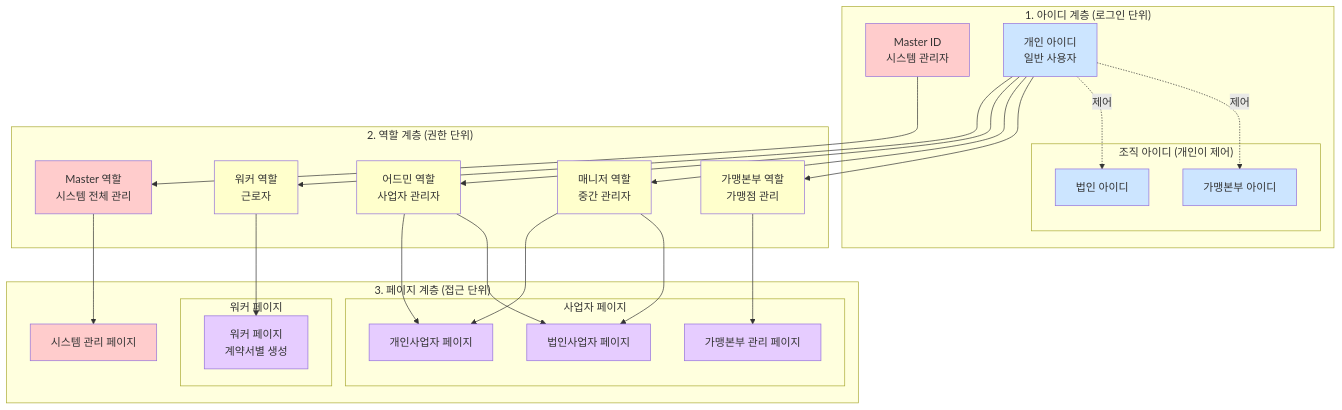
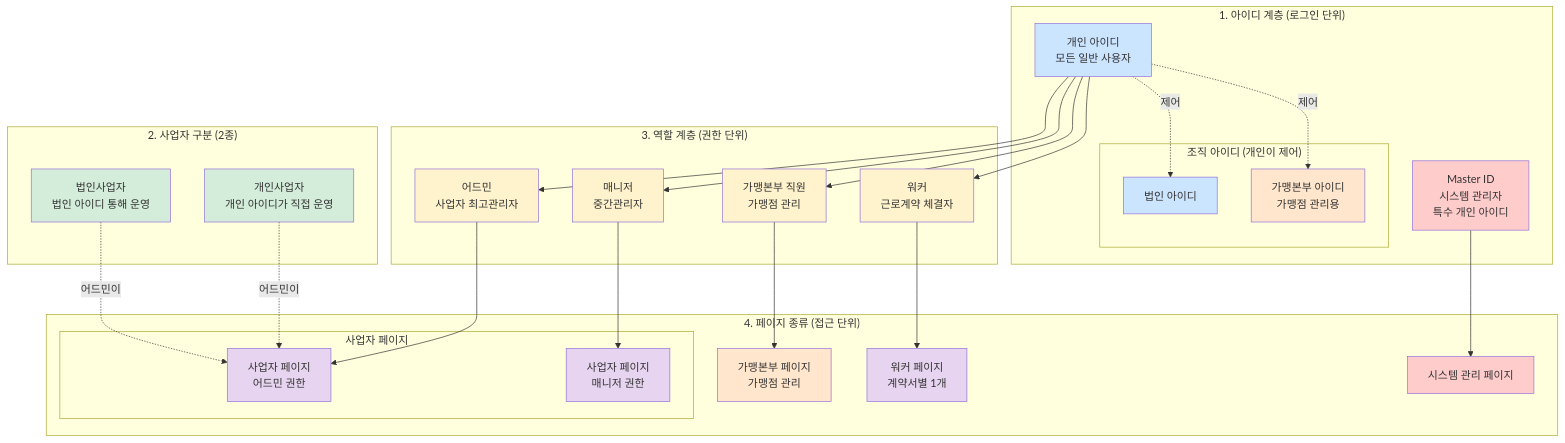
Before and after one commit to crazybass81/DOT: the first of 5 diagrams in services/attendance/user-permission-diagram.md, drawn with Mermaid. The commit also changed other lines of this file, not shown here.

````diff
--- a/services/attendance/user-permission-diagram.md
+++ b/services/attendance/user-permission-diagram.md
@@ -12,61 +5,66 @@
 ```mermaid
 graph TB
     subgraph "1. 아이디 계층 (로그인 단위)"
-        Master[Master ID<br/>시스템 관리자]
-        PersonalID[개인 아이디<br/>일반 사용자]
+        Master[Master ID<br/>시스템 관리자<br/>특수 개인 아이디]
+        PersonalID[개인 아이디<br/>모든 일반 사용자]
         
         subgraph "조직 아이디 (개인이 제어)"
             CorpID[법인 아이디]
-            FranchiseID[가맹본부 아이디]
+            FranchiseID[가맹본부 아이디<br/>가맹점 관리용]
         end
     end
     
-    subgraph "2. 역할 계층 (권한 단위)"
-        MasterRole[Master 역할<br/>시스템 전체 관리]
-        WorkerRole[워커 역할<br/>근로자]
-        AdminRole[어드민 역할<br/>사업자 관리자]
-        ManagerRole[매니저 역할<br/>중간 관리자]
-        FranchiseRole[가맹본부 역할<br/>가맹점 관리]
+    subgraph "2. 사업자 구분 (2종)"
+        IndivBiz[개인사업자<br/>개인 아이디가 직접 운영]
+        CorpBiz[법인사업자<br/>법인 아이디 통해 운영]
     end
     
-    subgraph "3. 페이지 계층 (접근 단위)"
+    subgraph "3. 역할 계층 (권한 단위)"
+        WorkerRole[워커<br/>근로계약 체결자]
+        AdminRole[어드민<br/>사업자 최고관리자]
+        ManagerRole[매니저<br/>중간관리자]
+        FranchiseRole[가맹본부 직원<br/>가맹점 관리]
+    end
+    
+    subgraph "4. 페이지 종류 (접근 단위)"
         subgraph "사업자 페이지"
-            IndivBizPage[개인사업자 페이지]
-            CorpBizPage[법인사업자 페이지]
-            FranchiseMgmtPage[가맹본부 관리 페이지]
+            BizPageAdmin[사업자 페이지<br/>어드민 권한]
+            BizPageManager[사업자 페이지<br/>매니저 권한]
         end
         
-        subgraph "워커 페이지"
-            WorkerPageA[워커 페이지<br/>계약서별 생성]
-        end
-        
+        FranchisePage[가맹본부 페이지<br/>가맹점 관리]
+        WorkerPage[워커 페이지<br/>계약서별 1개]
         SystemPage[시스템 관리 페이지]
     end
     
-    %% 관계 정의
-    Master --> MasterRole
+    %% 관계 연결
+    Master --> SystemPage
     PersonalID --> WorkerRole
     PersonalID --> AdminRole
     PersonalID --> ManagerRole
     PersonalID --> FranchiseRole
     PersonalID -.제어.-> CorpID
     PersonalID -.제어.-> FranchiseID
     
-    AdminRole --> IndivBizPage
-    AdminRole --> CorpBizPage
-    ManagerRole --> IndivBizPage
-    ManagerRole --> CorpBizPage
-    FranchiseRole --> FranchiseMgmtPage
-    WorkerRole --> WorkerPageA
-    MasterRole --> SystemPage
+    AdminRole --> BizPageAdmin
+    ManagerRole --> BizPageManager
+    FranchiseRole --> FranchisePage
+    WorkerRole --> WorkerPage
+    
+    IndivBiz -.어드민이.-> BizPageAdmin
+    CorpBiz -.어드민이.-> BizPageAdmin
     
     classDef masterClass fill:#ffcccc
     classDef idClass fill:#cce5ff
-    classDef roleClass fill:#ffffcc
-    classDef pageClass fill:#e6ccff
+    classDef bizClass fill:#d4edda
+    classDef roleClass fill:#fff3cd
+    classDef pageClass fill:#e7d4f0
+    classDef franchiseClass fill:#ffe6cc
     
-    class Master,MasterRole,SystemPage masterClass
+    class Master,SystemPage masterClass
     class PersonalID,CorpID,FranchiseID idClass
+    class IndivBiz,CorpBiz bizClass
     class WorkerRole,AdminRole,ManagerRole,FranchiseRole roleClass
-    class IndivBizPage,CorpBizPage,FranchiseMgmtPage,WorkerPageA pageClass
+    class BizPageAdmin,BizPageManager,WorkerPage pageClass
+    class FranchisePage,FranchiseID franchiseClass
 ```
````
